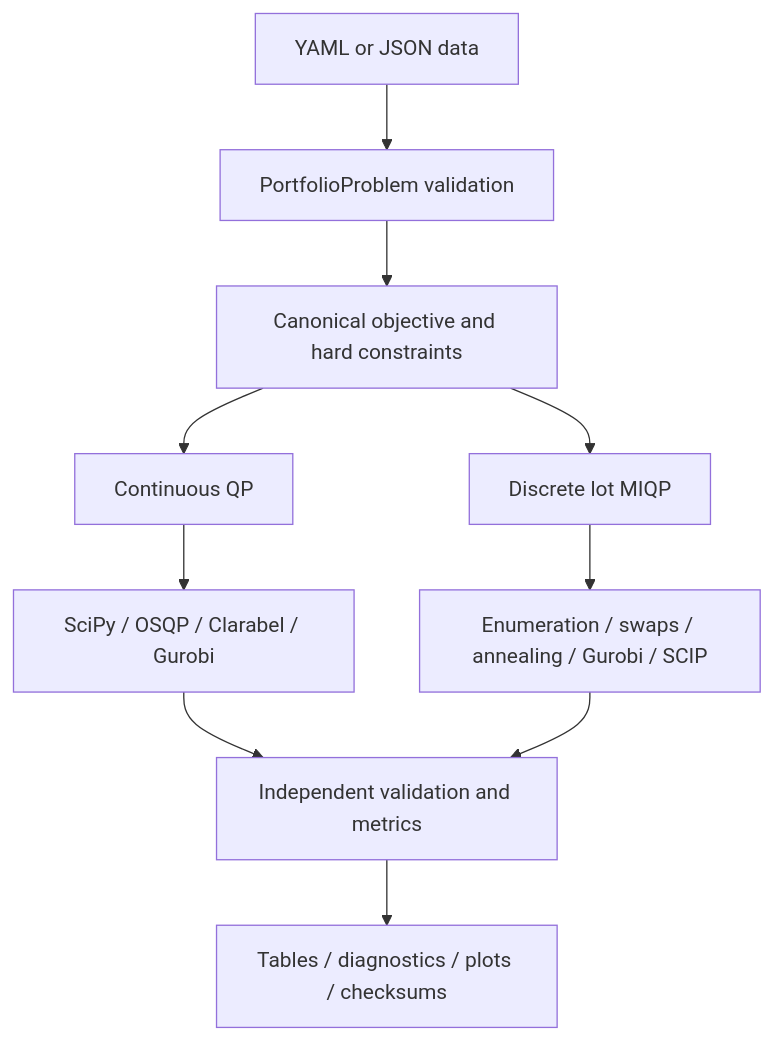
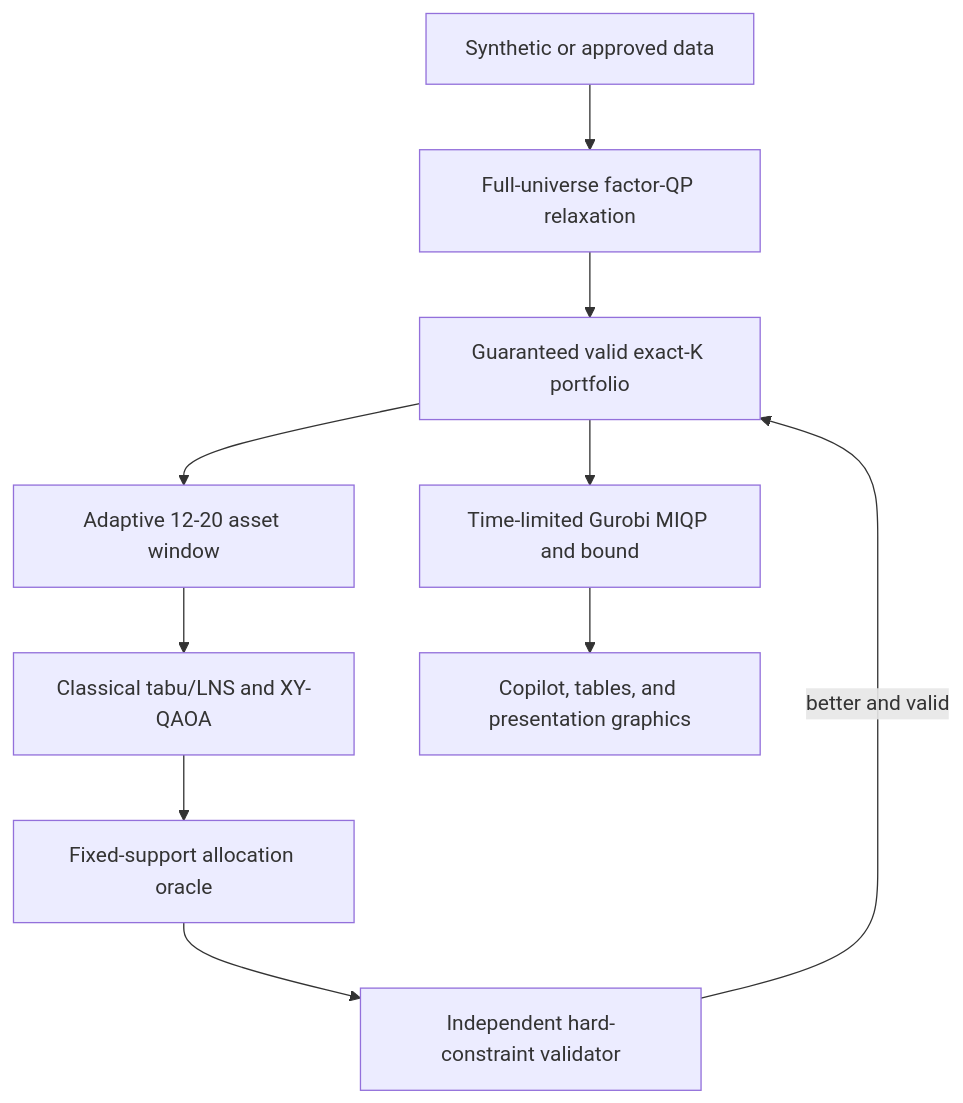
One commit to apomorovv/vanguard-multi-asset-portfolio changed the diagram in README.md. Above: the diagram before and after it, drawn with Mermaid. The commit also changed other lines of this file and 31 other files, not shown here.

Commit message:
feat: complete constraint-safe hybrid portfolio optimizer

````diff
--- a/README.md
+++ b/README.md
@@ -26,12 +18,12 @@
 ```mermaid
 flowchart TD
-    D["YAML or JSON data"] --> S["PortfolioProblem validation"]
-    S --> M["Canonical objective and hard constraints"]
-    M --> C["Continuous QP"]
-    M --> I["Discrete lot MIQP"]
-    C --> CS["SciPy / OSQP / Clarabel / Gurobi"]
-    I --> IS["Enumeration / swaps / annealing / Gurobi / SCIP"]
-    CS --> V["Independent validation and metrics"]
-    IS --> V
-    V --> R["Tables / diagnostics / plots / checksums"]
+    A["Synthetic or approved data"] --> B["Full-universe factor-QP relaxation"]
+    B --> C["Guaranteed valid exact-K portfolio"]
+    C --> D["Adaptive 12-20 asset window"]
+    D --> E["Classical tabu/LNS and XY-QAOA"]
+    E --> F["Fixed-support allocation oracle"]
+    F --> G["Independent hard-constraint validator"]
+    G -->|"better and valid"| C
+    C --> H["Time-limited Gurobi MIQP and bound"]
+    H --> I["Copilot, tables, and presentation graphics"]
 ```
````
